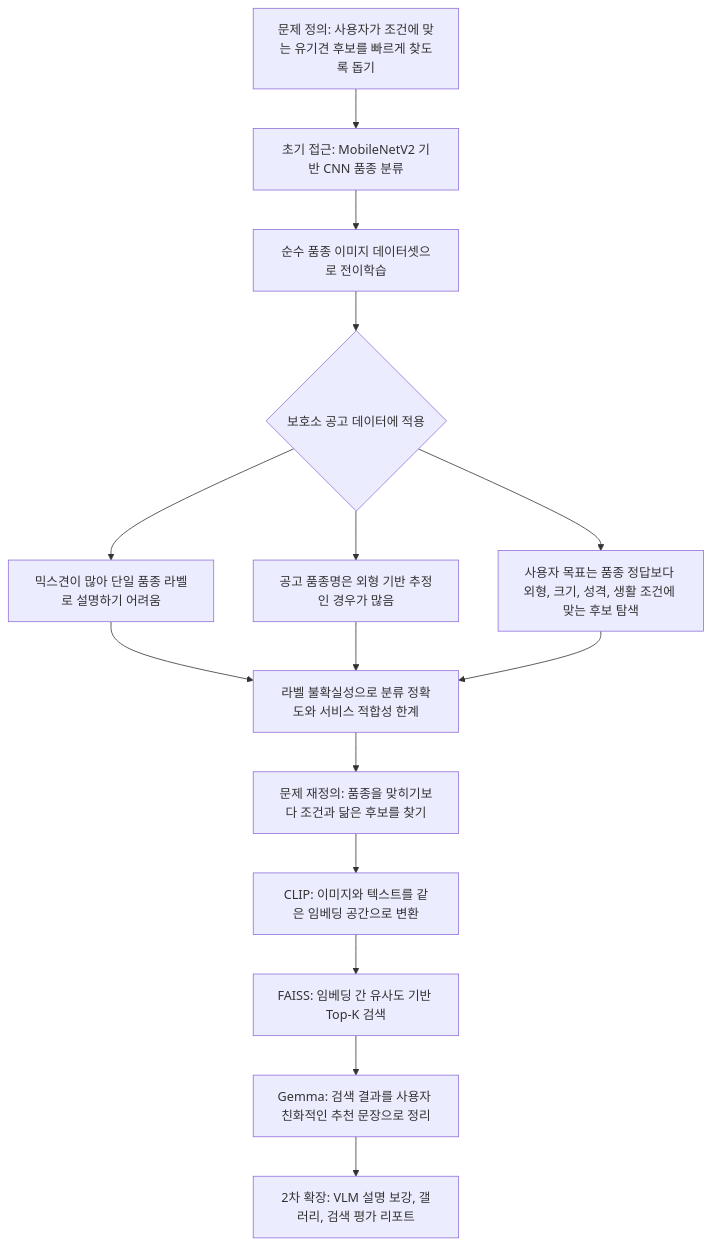
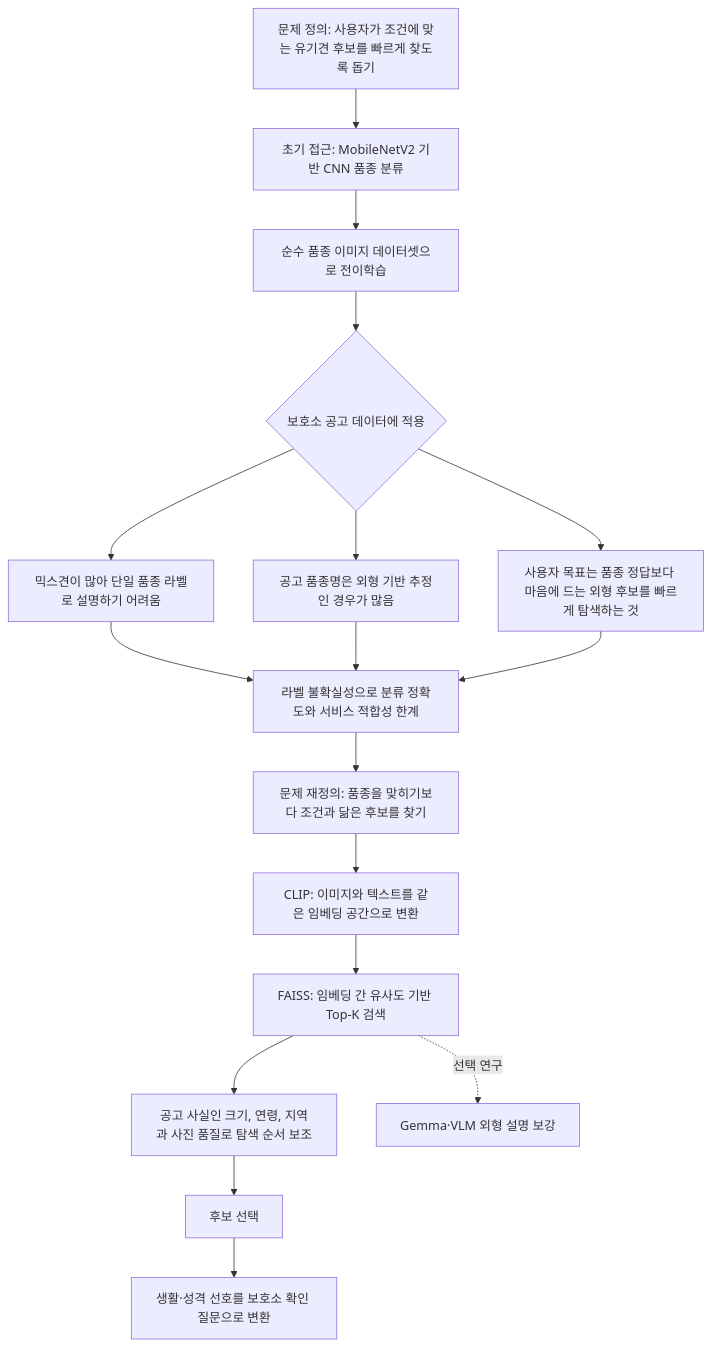
One commit to YuMinBee/meongtamjeong changed the first of 2 diagrams in README.md. Above: the diagram before and after it, drawn with Mermaid. The commit also changed other lines of this file and 216 other files, not shown here.

````diff
--- a/README.md
+++ b/README.md
@@ -107,17 +171,19 @@
 ```mermaid
 flowchart TD
     A[문제 정의: 사용자가 조건에 맞는 유기견 후보를 빠르게 찾도록 돕기] --> B[초기 접근: MobileNetV2 기반 CNN 품종 분류]
     B --> C[순수 품종 이미지 데이터셋으로 전이학습]
     C --> D{보호소 공고 데이터에 적용}
     D --> E[믹스견이 많아 단일 품종 라벨로 설명하기 어려움]
     D --> F[공고 품종명은 외형 기반 추정인 경우가 많음]
-    D --> G[사용자 목표는 품종 정답보다 외형, 크기, 성격, 생활 조건에 맞는 후보 탐색]
+    D --> G[사용자 목표는 품종 정답보다 마음에 드는 외형 후보를 빠르게 탐색하는 것]
     E --> H[라벨 불확실성으로 분류 정확도와 서비스 적합성 한계]
     F --> H
     G --> H
     H --> I[문제 재정의: 품종을 맞히기보다 조건과 닮은 후보를 찾기]
     I --> J[CLIP: 이미지와 텍스트를 같은 임베딩 공간으로 변환]
     J --> K[FAISS: 임베딩 간 유사도 기반 Top-K 검색]
-    K --> L[Gemma: 검색 결과를 사용자 친화적인 추천 문장으로 정리]
-    L --> M[2차 확장: VLM 설명 보강, 갤러리, 검색 평가 리포트]
+    K --> L[공고 사실인 크기, 연령, 지역과 사진 품질로 탐색 순서 보조]
+    L --> M[후보 선택]
+    M --> N[생활·성격 선호를 보호소 확인 질문으로 변환]
+    K -. 선택 연구 .-> O[Gemma·VLM 외형 설명 보강]
 ```
````
